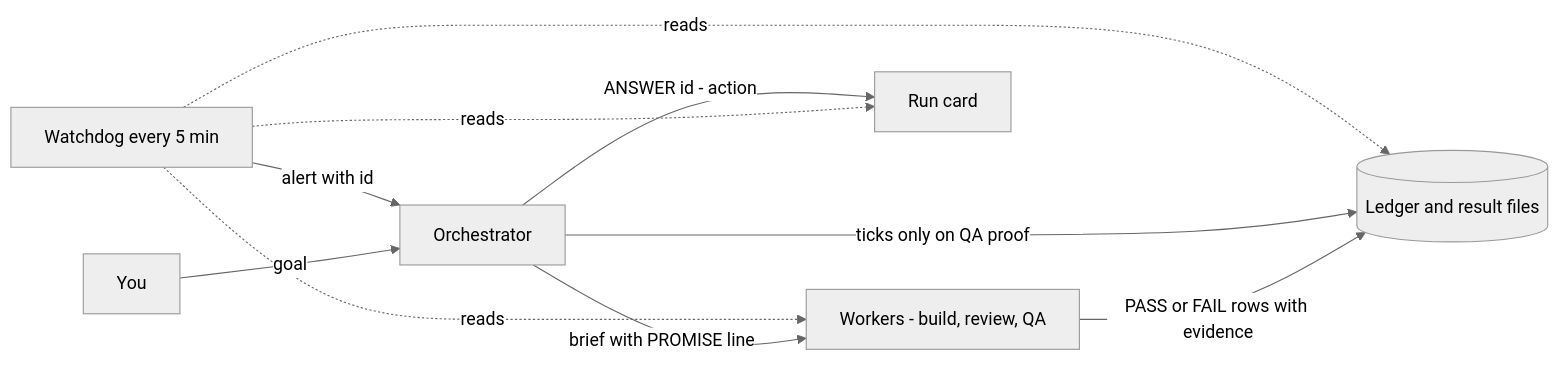
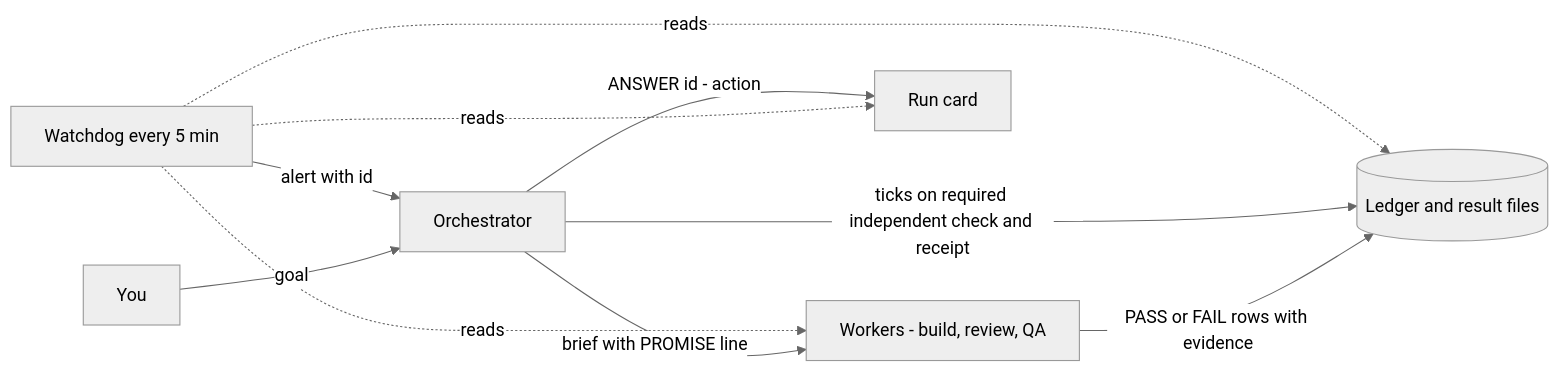
Before and after one commit to iamhenry/ai-project-starter-kit: the second of 4 diagrams in .opencode/plugins/hivecall/README.md, drawn with Mermaid (neutral theme). The commit also changed other lines of this file and 3 other files, not shown here.

````diff
--- a/.opencode/plugins/hivecall/README.md
+++ b/.opencode/plugins/hivecall/README.md
@@ -79,12 +80,12 @@
 ```mermaid
 flowchart LR
   YOU[You] -->|goal| ORCH[Orchestrator]
   ORCH -->|brief with PROMISE line| W[Workers - build, review, QA]
   W -->|PASS or FAIL rows with evidence| LED[(Ledger and result files)]
-  ORCH -->|ticks only on QA proof| LED
+  ORCH -->|ticks on required independent check and receipt| LED
   WD[Watchdog every 5 min] -.reads.-> LED
   WD -.reads.-> W
   WD -.reads.-> RC[Run card]
   WD -->|alert with id| ORCH
   ORCH -->|ANSWER id - action| RC
 ```
````
